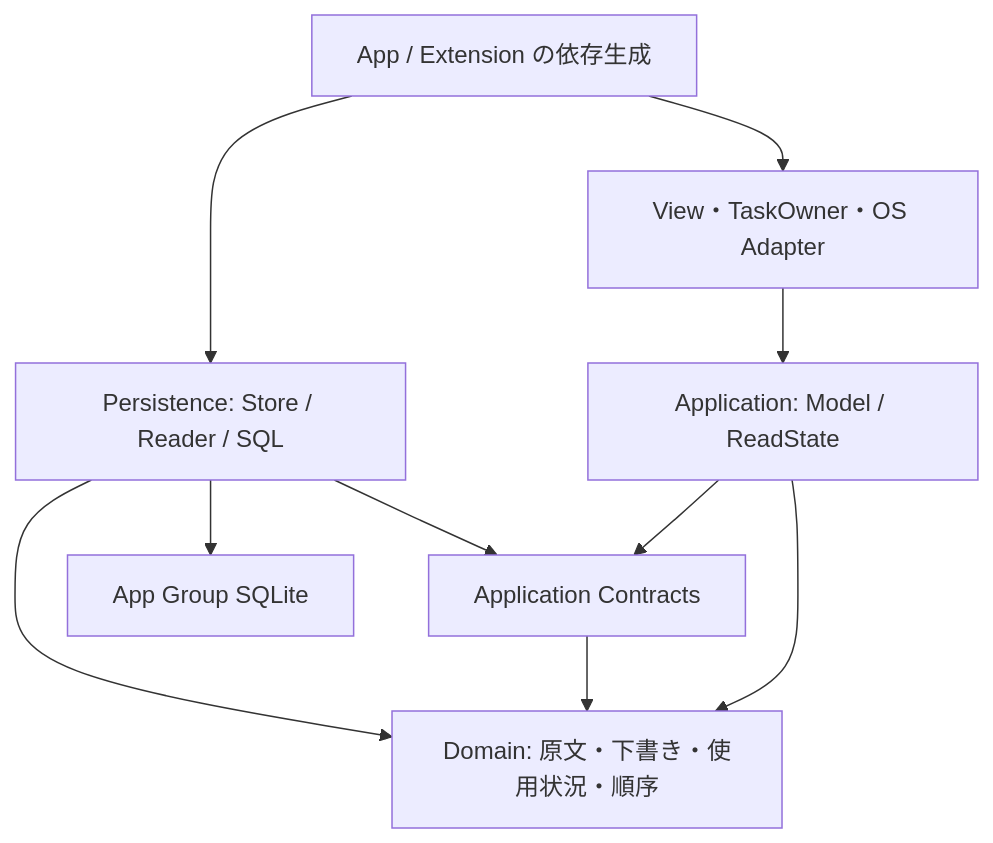
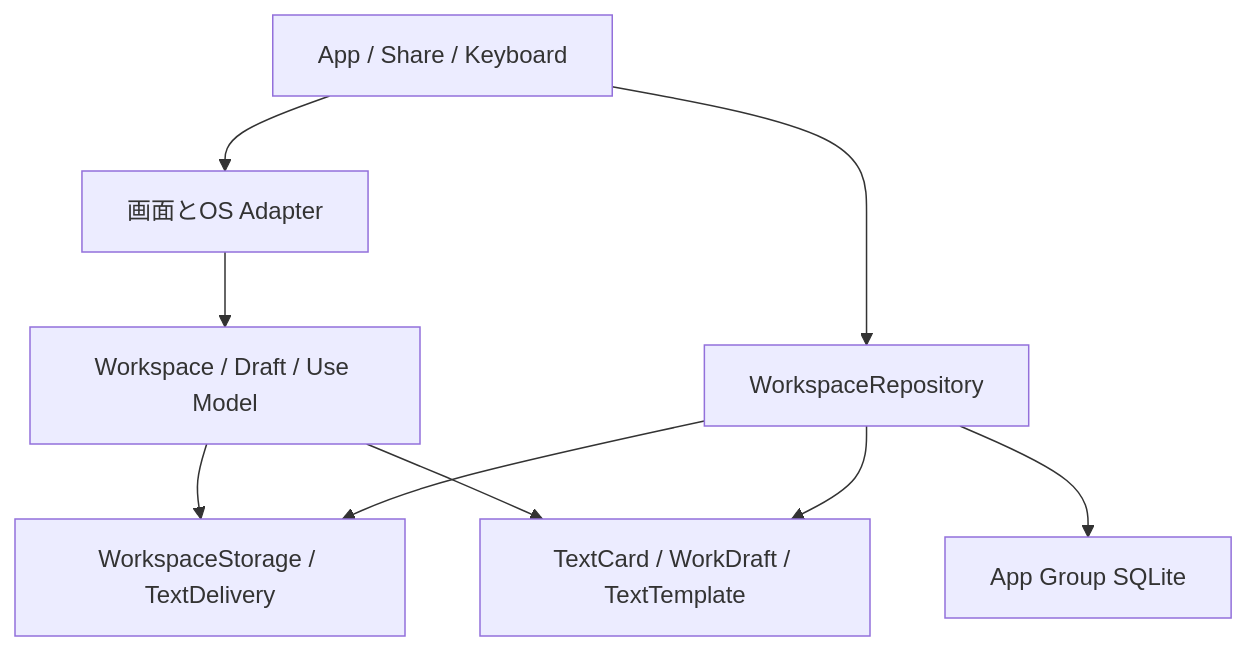
The diagram in docs/architecture/README.md (9uiLe/nibble), drawn with Mermaid before and after one commit. The commit also changed other lines of this file and 250 other files, not shown here.

Commit message:
Rebuild nibble around durable text reuse and explicit delivery

````diff
--- a/docs/architecture/README.md
+++ b/docs/architecture/README.md
@@ -34,12 +36,11 @@
 ```mermaid
 flowchart TD
-    Entry[App / Extension の依存生成] --> View[View・TaskOwner・OS Adapter]
-    Entry --> Storage[Persistence: Store / Reader / SQL]
-    View --> UseCase[Application: Model / ReadState]
-    UseCase --> Ports[Application Contracts]
-    Storage --> Ports
-    UseCase --> Domain[Domain: 原文・下書き・使用状況・順序]
-    Ports --> Domain
-    Storage --> Domain
-    Storage --> DB[App Group SQLite]
+    Entry[App / Share / Keyboard] --> UI[画面とOS Adapter]
+    Entry --> Store[WorkspaceRepository]
+    UI --> Model[Workspace / Draft / Use Model]
+    Model --> Port[WorkspaceStorage / TextDelivery]
+    Store --> Port
+    Model --> Domain[TextCard / WorkDraft / TextTemplate]
+    Store --> Domain
+    Store --> DB[App Group SQLite]
 ```
````
